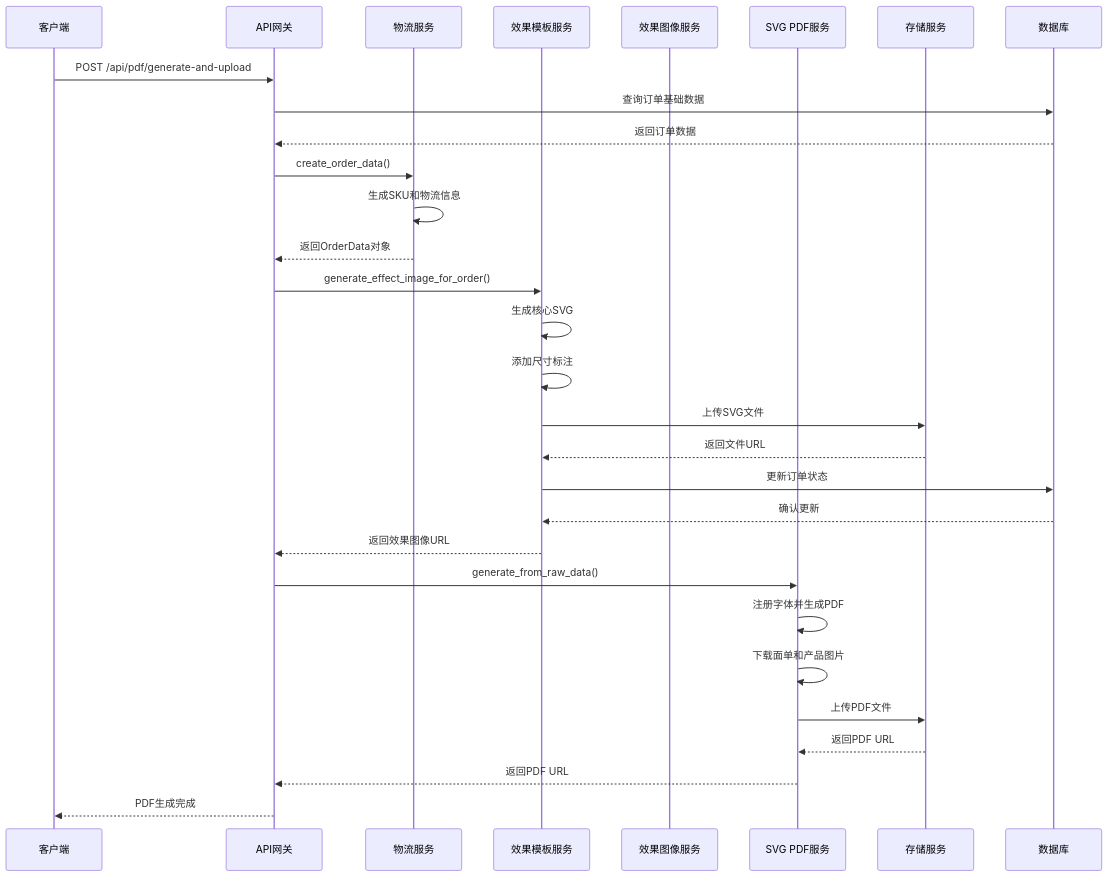
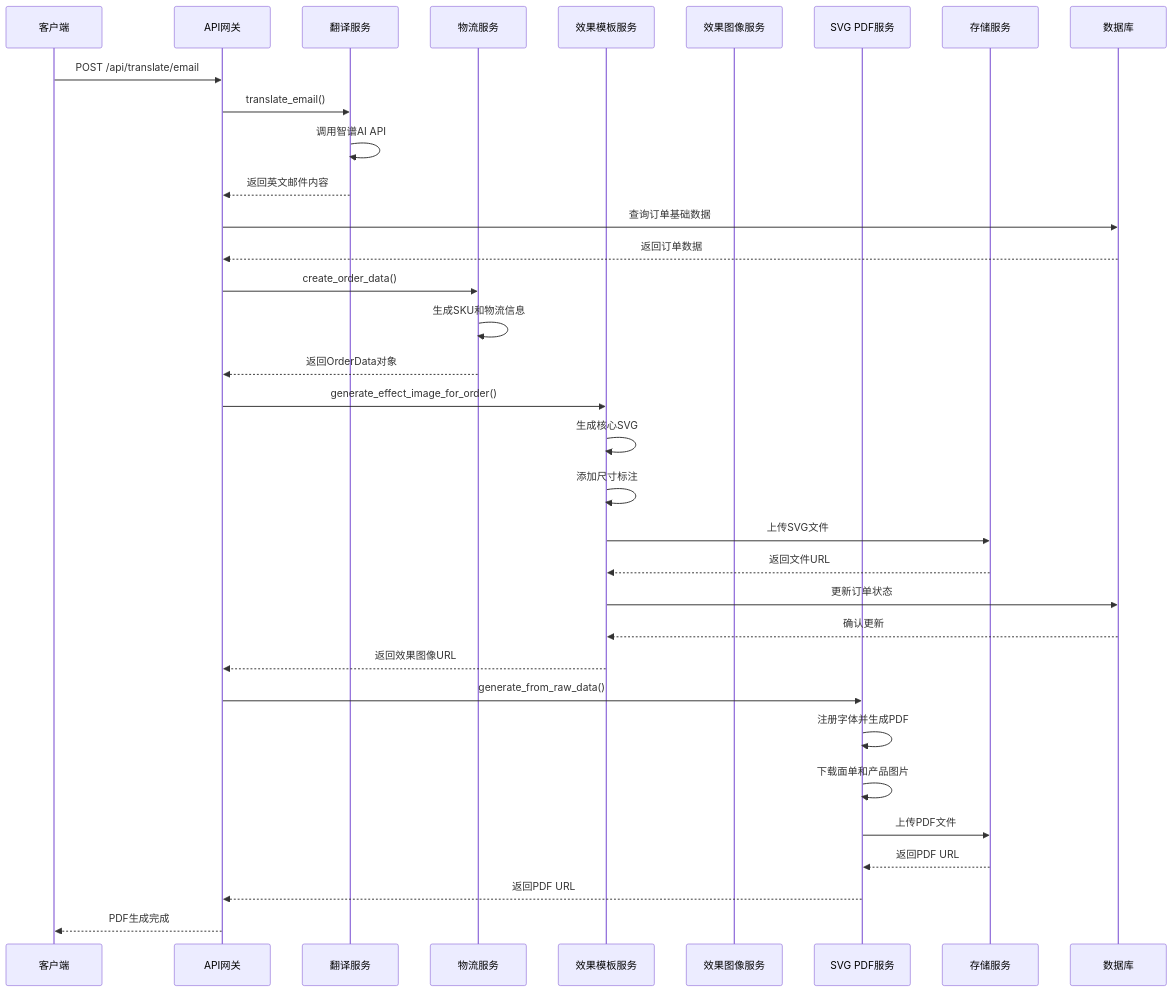
The third of 12 diagrams in .qoder/repowiki/zh/content/开发指南/PDF生成系统.md (SY6621/POD-Order-Management), drawn with Mermaid before and after one commit. The commit also changed other lines of this file and 20 other files, not shown here.

````diff
--- a/.qoder/repowiki/zh/content/开发指南/PDF生成系统.md
+++ b/.qoder/repowiki/zh/content/开发指南/PDF生成系统.md
@@ -246,32 +283,36 @@
 ```mermaid
 sequenceDiagram
 participant Client as 客户端
 participant API as API网关
+participant TranslationService as 翻译服务
 participant ShippingService as 物流服务
 participant EffectTemplateService as 效果模板服务
 participant EffectImageService as 效果图像服务
 participant SVGPDFService as SVG PDF服务
 participant Storage as 存储服务
 participant DB as 数据库
-Client->>API : POST /api/pdf/generate-and-upload
+Client->>API : POST /api/translate/email
+API->>TranslationService : translate_email()
+TranslationService->>TranslationService : 调用智谱AI API
+TranslationService-->>API : 返回英文邮件内容
 API->>DB : 查询订单基础数据
 DB-->>API : 返回订单数据
 API->>ShippingService : create_order_data()
 ShippingService->>ShippingService : 生成SKU和物流信息
 ShippingService-->>API : 返回OrderData对象
 API->>EffectTemplateService : generate_effect_image_for_order()
 EffectTemplateService->>EffectTemplateService : 生成核心SVG
 EffectTemplateService->>EffectTemplateService : 添加尺寸标注
 EffectTemplateService->>Storage : 上传SVG文件
 Storage-->>EffectTemplateService : 返回文件URL
 EffectTemplateService->>DB : 更新订单状态
 DB-->>EffectTemplateService : 确认更新
 EffectTemplateService-->>API : 返回效果图像URL
 API->>SVGPDFService : generate_from_raw_data()
 SVGPDFService->>SVGPDFService : 注册字体并生成PDF
 SVGPDFService->>SVGPDFService : 下载面单和产品图片
 SVGPDFService->>Storage : 上传PDF文件
 Storage-->>SVGPDFService : 返回PDF URL
 SVGPDFService-->>API : 返回PDF URL
 API-->>Client : PDF生成完成
 ```
````
